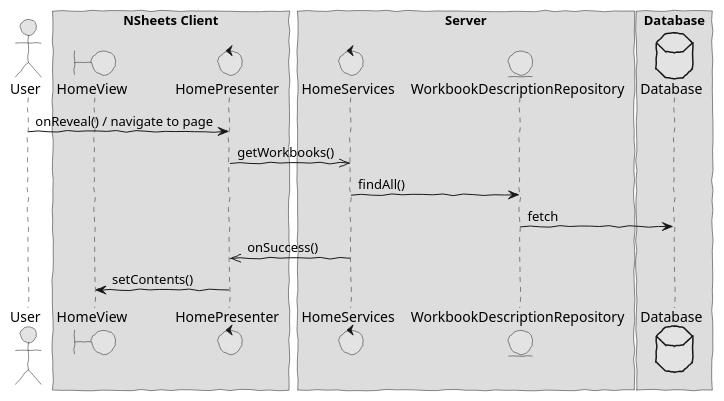
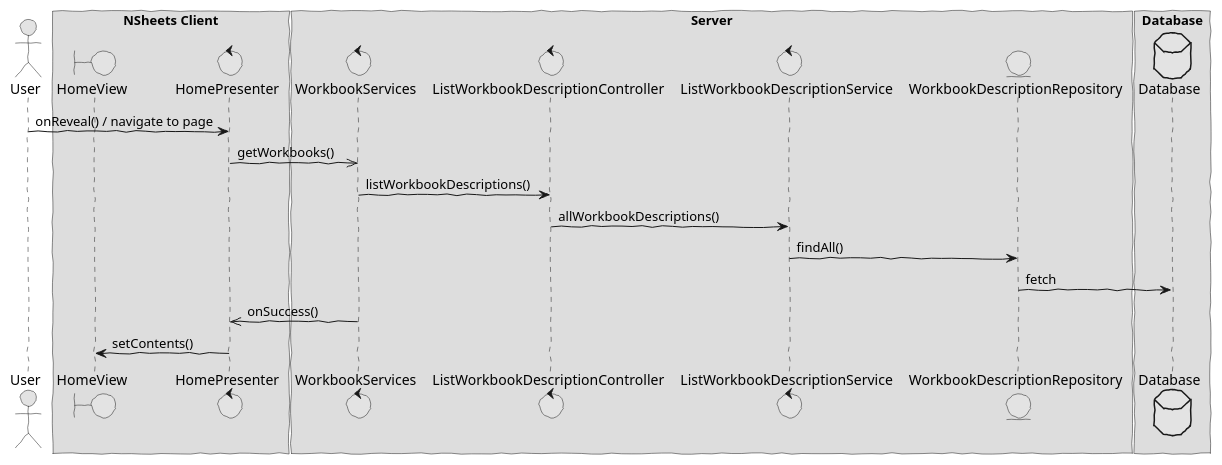
The diagram in docs/white/s4567890/sp1/design1.puml (HugoFernandes2343/LAPR4_2017-2018), drawn with PlantUML before and after one commit. The commit also changed 16 other files, not shown here.

Commit message:
Core00.0: Design/Implementation - Added design/implementation for list WorkbookDescriptions. Updated the documentation.

```diff
--- a/docs/white/s4567890/sp1/design1.puml
+++ b/docs/white/s4567890/sp1/design1.puml
@@ -1,36 +1,42 @@
 @startuml  design1.png
 skinparam handwritten true
 skinparam monochrome true
 skinparam packageStyle rect
 skinparam defaultFontName FG Virgil
 skinparam shadowing false
 
 actor User
 boundary HomeView
 control HomePresenter
-control HomeServices
+control WorkbookServices
+control ListWorkbookDescriptionController
+control ListWorkbookDescriptionService
 entity WorkbookDescriptionRepository
 database Database 
 
 box "NSheets Client"
 participant HomeView
 participant HomePresenter 
 end box
 
 box "Server"
-participant HomeServices
+participant WorkbookServices
+participant ListWorkbookDescriptionController
+participant ListWorkbookDescriptionService
 participant WorkbookDescriptionRepository
 end box
 
 box "Database"
 participant Database
 end box
 
 User -> HomePresenter : onReveal() / navigate to page 
-HomePresenter ->> HomeServices : getWorkbooks()
-HomeServices -> WorkbookDescriptionRepository : findAll()
+HomePresenter ->> WorkbookServices : getWorkbooks()
+WorkbookServices -> ListWorkbookDescriptionController : listWorkbookDescriptions()
+ListWorkbookDescriptionController -> ListWorkbookDescriptionService : allWorkbookDescriptions()
+ListWorkbookDescriptionService -> WorkbookDescriptionRepository : findAll()
 WorkbookDescriptionRepository -> Database : fetch
-HomeServices ->> HomePresenter : onSuccess() 
+WorkbookServices ->> HomePresenter : onSuccess() 
 HomePresenter -> HomeView : setContents()
 
 @enduml
```
